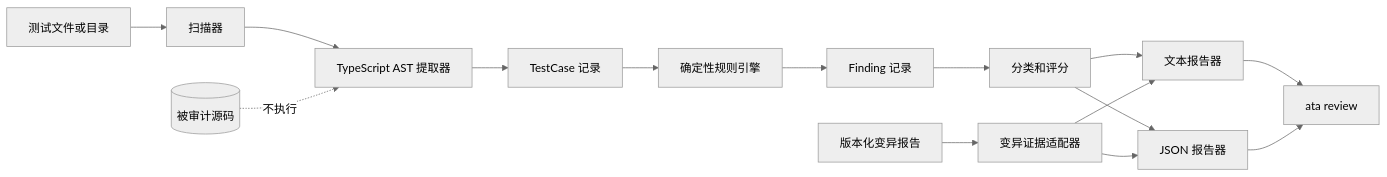
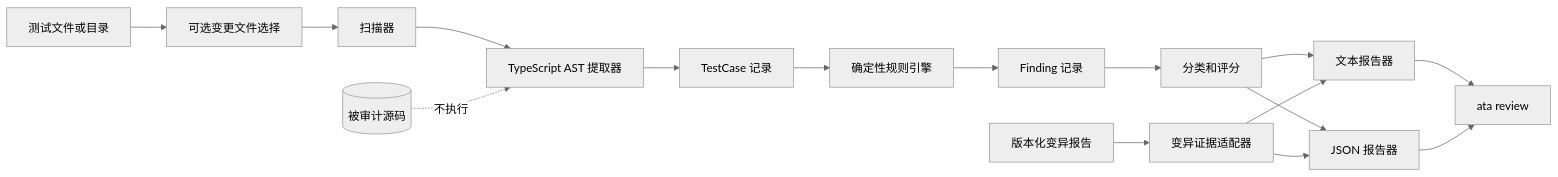
One commit to AI-Native-QA-Lab/ai-test-auditor changed the diagram in docs/zh/architecture.md. Above: the diagram before and after it, drawn with Mermaid (neutral theme). The commit also changed other lines of this file and 33 other files, not shown here.

````diff
--- a/docs/zh/architecture.md
+++ b/docs/zh/architecture.md
@@ -14,17 +14,18 @@
 ```mermaid
 flowchart LR
-  Input[测试文件或目录] --> Scanner[扫描器]
+  Input[测试文件或目录] --> Selection[可选变更文件选择]
+  Selection --> Scanner[扫描器]
   Scanner --> Extractor[TypeScript AST 提取器]
   Extractor --> Cases[TestCase 记录]
   Cases --> Rules[确定性规则引擎]
   Rules --> Findings[Finding 记录]
   Findings --> Audit[分类和评分]
   Audit --> Text[文本报告器]
   Audit --> Json[JSON 报告器]
   Mutation[版本化变异报告] --> MutationAdapter[变异证据适配器]
   MutationAdapter --> Text
   MutationAdapter --> Json
   Text --> CLI[ata review]
   Json --> CLI
   Source[(被审计源码)] -. 不执行 .-> Extractor
 ```
````
